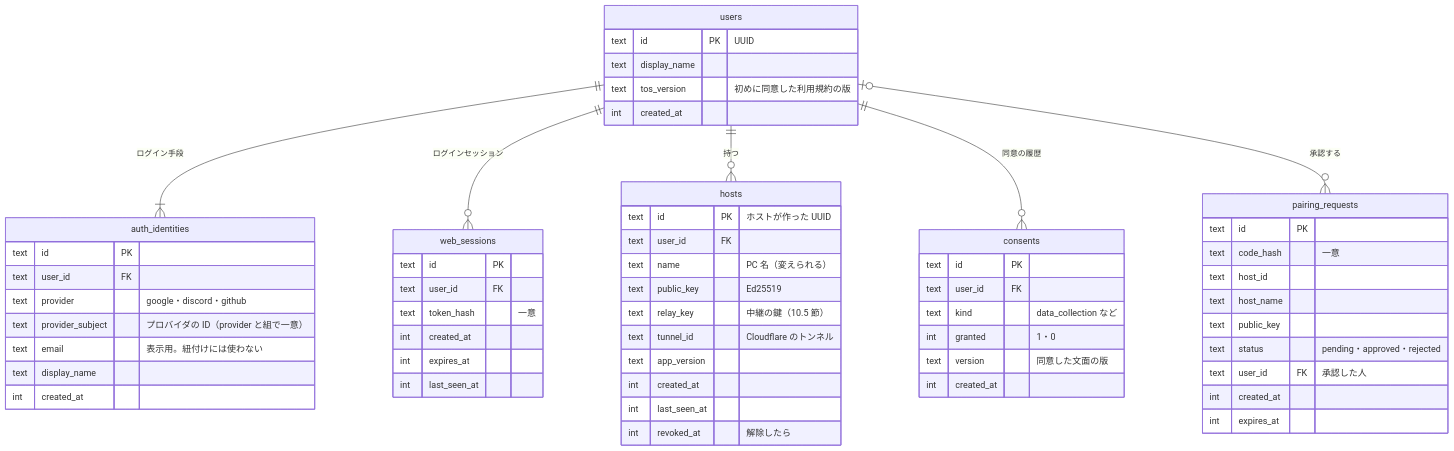
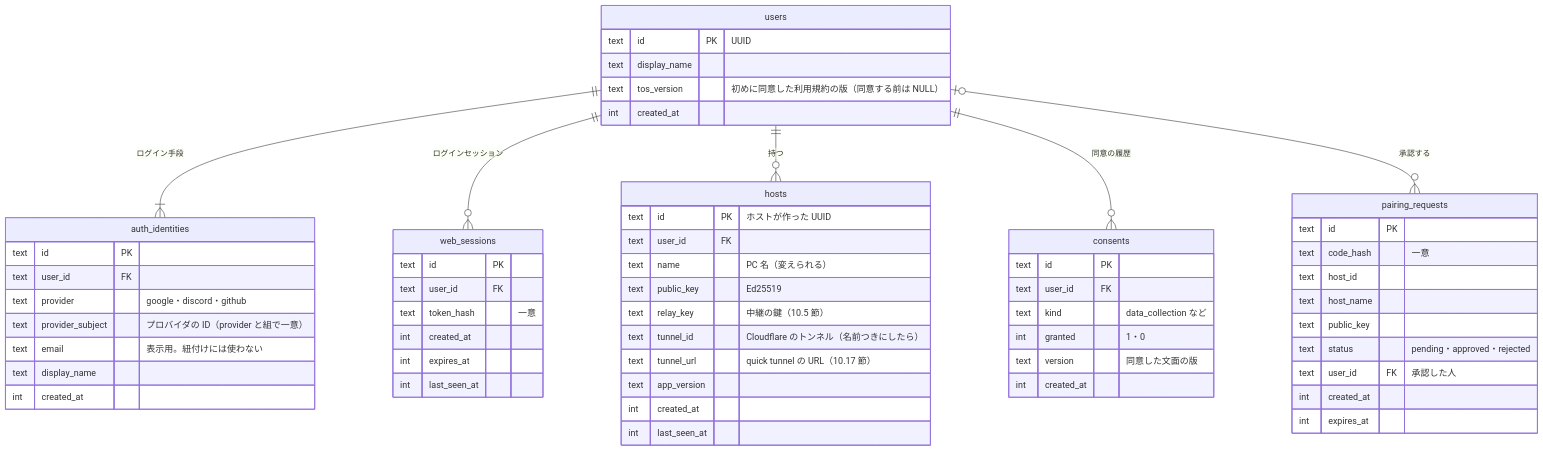
One commit to Studio-Takumi/remote-whisper changed the third of 3 diagrams in docs/spec/cloud.md. Above: the diagram before and after it, drawn with Mermaid. The commit also changed other lines of this file and 1 other file, not shown here.

````diff
--- a/docs/spec/cloud.md
+++ b/docs/spec/cloud.md
@@ -134,63 +141,63 @@
 ```mermaid
 erDiagram
     users ||--|{ auth_identities : "ログイン手段"
     users ||--o{ web_sessions : "ログインセッション"
     users ||--o{ hosts : "持つ"
     users ||--o{ consents : "同意の履歴"
     users |o--o{ pairing_requests : "承認する"
 
     users {
         text id PK "UUID"
         text display_name
-        text tos_version "初めに同意した利用規約の版"
+        text tos_version "初めに同意した利用規約の版（同意する前は NULL）"
         int created_at
     }
     auth_identities {
         text id PK
         text user_id FK
         text provider "google・discord・github"
         text provider_subject "プロバイダの ID（provider と組で一意）"
         text email "表示用。紐付けには使わない"
         text display_name
         int created_at
     }
     web_sessions {
         text id PK
         text user_id FK
         text token_hash "一意"
         int created_at
         int expires_at
         int last_seen_at
     }
     hosts {
         text id PK "ホストが作った UUID"
         text user_id FK
         text name "PC 名（変えられる）"
         text public_key "Ed25519"
         text relay_key "中継の鍵（10.5 節）"
-        text tunnel_id "Cloudflare のトンネル"
+        text tunnel_id "Cloudflare のトンネル（名前つきにしたら）"
+        text tunnel_url "quick tunnel の URL（10.17 節）"
         text app_version
         int created_at
         int last_seen_at
-        int revoked_at "解除したら"
     }
     pairing_requests {
         text id PK
         text code_hash "一意"
         text host_id
         text host_name
         text public_key
         text status "pending・approved・rejected"
         text user_id FK "承認した人"
         int created_at
         int expires_at
     }
     consents {
         text id PK
         text user_id FK
         text kind "data_collection など"
         int granted "1・0"
         text version "同意した文面の版"
         int created_at
     }
 ```
````
